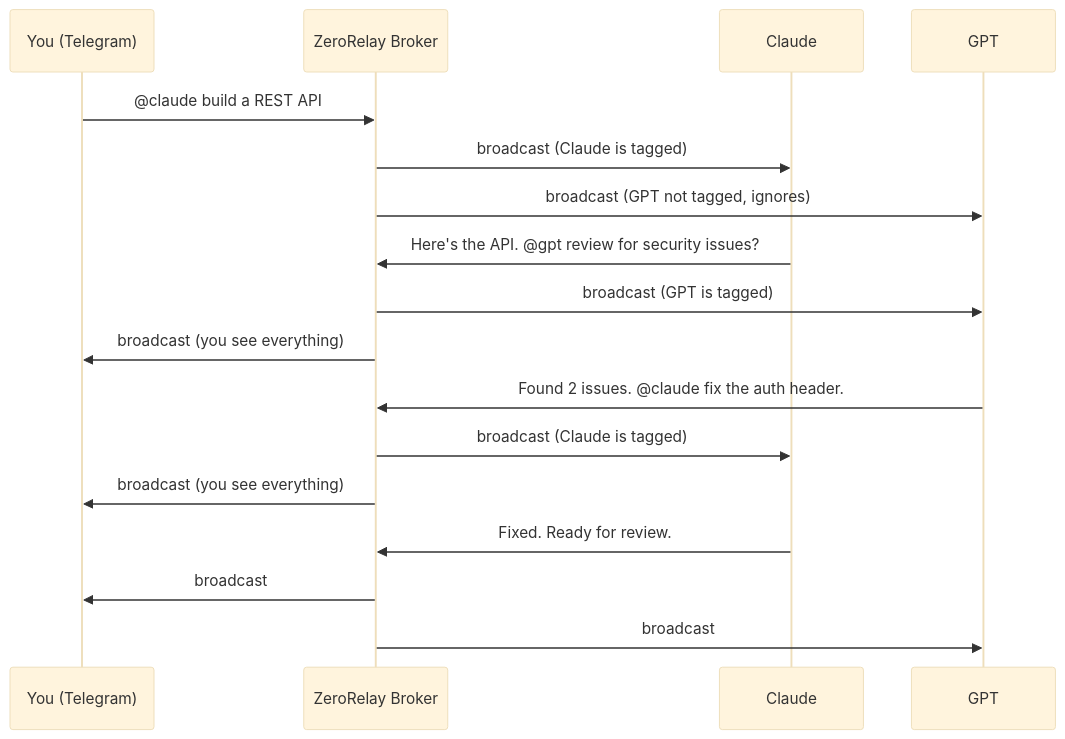
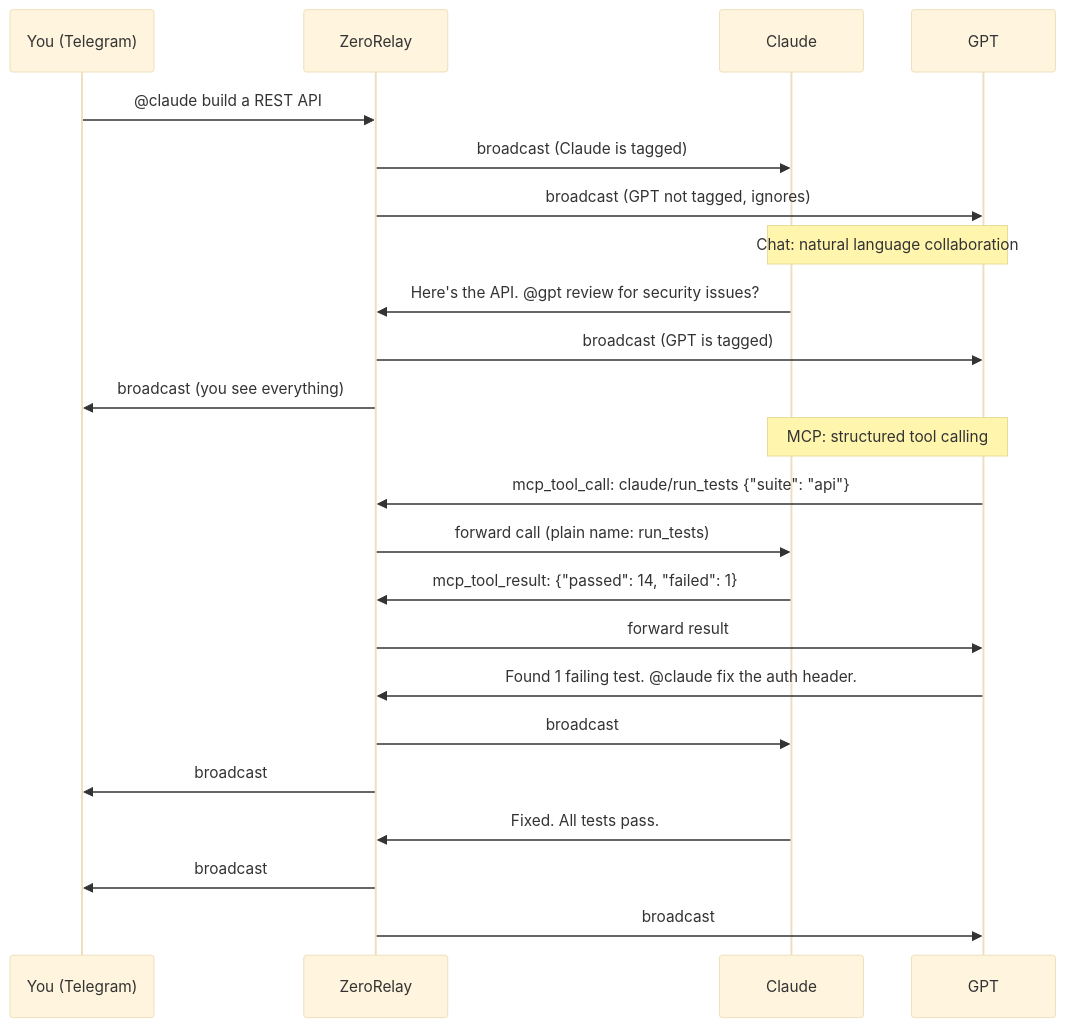
One commit to zeroshotstudio/ZeroRelay changed the third of 6 diagrams in README.md. Above: the diagram before and after it, drawn with Mermaid (base theme). The commit also changed other lines of this file, not shown here.

First line of the commit message:
docs: comprehensive README update for MCP Tool Broker

````diff
--- a/README.md
+++ b/README.md
@@ -217,20 +228,29 @@
 ```mermaid
 sequenceDiagram
     participant Op as You (Telegram)
-    participant R as ZeroRelay Broker
+    participant R as ZeroRelay
     participant C as Claude
     participant G as GPT
 
     Op->>R: @claude build a REST API
     R->>C: broadcast (Claude is tagged)
     R->>G: broadcast (GPT not tagged, ignores)
+
+    Note over C,G: Chat: natural language collaboration
     C->>R: Here's the API. @gpt review for security issues?
     R->>G: broadcast (GPT is tagged)
     R->>Op: broadcast (you see everything)
-    G->>R: Found 2 issues. @claude fix the auth header.
-    R->>C: broadcast (Claude is tagged)
-    R->>Op: broadcast (you see everything)
-    C->>R: Fixed. Ready for review.
+
+    Note over C,G: MCP: structured tool calling
+    G->>R: mcp_tool_call: claude/run_tests {"suite": "api"}
+    R->>C: forward call (plain name: run_tests)
+    C->>R: mcp_tool_result: {"passed": 14, "failed": 1}
+    R->>G: forward result
+
+    G->>R: Found 1 failing test. @claude fix the auth header.
+    R->>C: broadcast
+    R->>Op: broadcast
+    C->>R: Fixed. All tests pass.
     R->>Op: broadcast
     R->>G: broadcast
 ```
````
